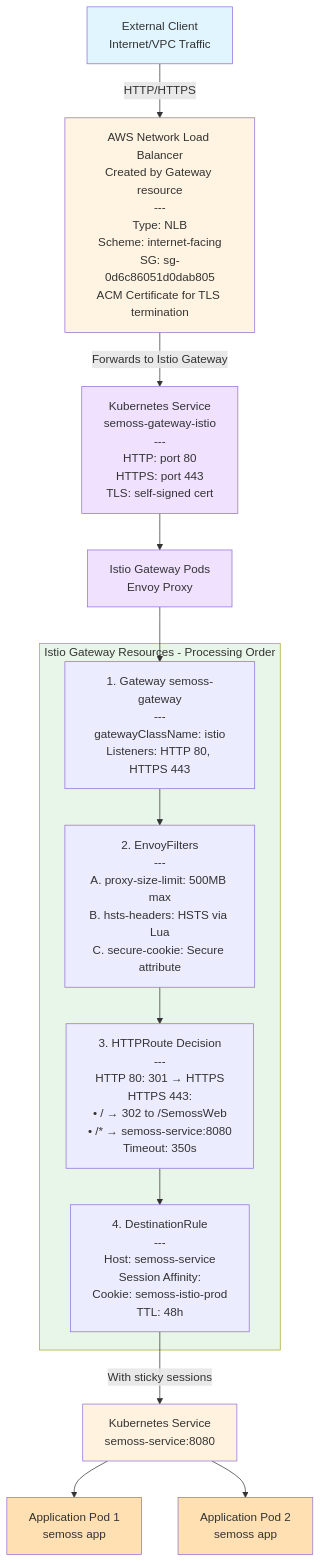
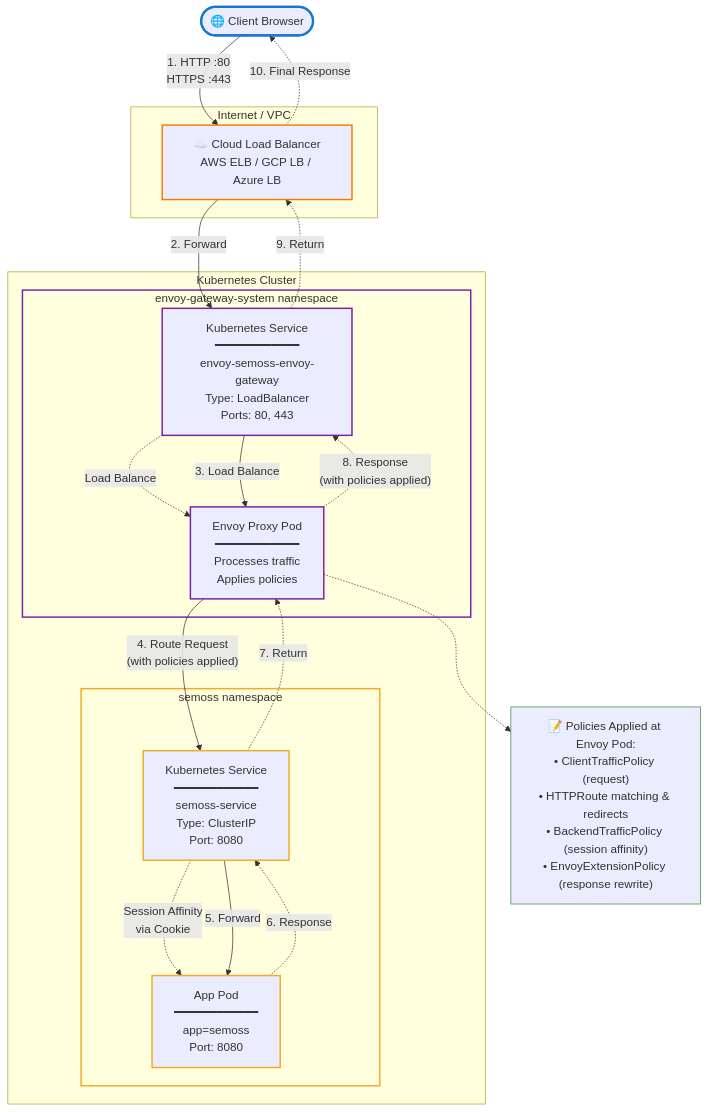
The diagram in envoy-gateway/README.md (SEMOSS/SEMOSS-deployment), drawn with Mermaid before and after one commit. The commit also changed other lines of this file, not shown here.

Commit message:
add envoy README

````diff
--- a/envoy-gateway/README.md
+++ b/envoy-gateway/README.md
@@ -1,45 +15,54 @@
 ```mermaid
-graph TD
-    Client[External Client<br/>Internet/VPC Traffic]
+graph TB
+    Client([🌐 Client Browser])
     
-    NLB[AWS Network Load Balancer<br/>Created by Gateway resource<br/>---<br/>Type: NLB<br/>Scheme: internet-facing<br/>SG: sg-0d6c86051d0dab805<br/>ACM Certificate for TLS termination]
-    
-    K8sGW[Kubernetes Service<br/>semoss-gateway-istio<br/>---<br/>HTTP: port 80<br/>HTTPS: port 443<br/>TLS: self-signed cert]
-    
-    IstioPod[Istio Gateway Pods<br/>Envoy Proxy]
-    
-    subgraph IstioResources[Istio Gateway Resources - Processing Order]
-        GW[1. Gateway semoss-gateway<br/>---<br/>gatewayClassName: istio<br/>Listeners: HTTP 80, HTTPS 443]
-        
-        EF[2. EnvoyFilters<br/>---<br/>A. proxy-size-limit: 500MB max<br/>B. hsts-headers: HSTS via Lua<br/>C. secure-cookie: Secure attribute]
-        
-        HTTP[3. HTTPRoute Decision<br/>---<br/>HTTP 80: 301 → HTTPS<br/>HTTPS 443:<br/>• / → 302 to /SemossWeb<br/>• /* → semoss-service:8080<br/>  Timeout: 350s]
-        
-        DR[4. DestinationRule<br/>---<br/>Host: semoss-service<br/>Session Affinity:<br/>Cookie: semoss-istio-prod<br/>TTL: 48h]
+    subgraph Internet["Internet / VPC"]
+        LB[☁️ Cloud Load Balancer<br/>AWS ELB / GCP LB / Azure LB]
     end
     
-    AppSvc[Kubernetes Service<br/>semoss-service:8080]
+    subgraph K8s["Kubernetes Cluster"]
+        subgraph EnvoyNS["envoy-gateway-system namespace"]
+            EnvoySvc["Kubernetes Service<br/>━━━━━━━━━━━━<br/>envoy-semoss-envoy-gateway<br/>Type: LoadBalancer<br/>Ports: 80, 443"]
+            
+            EnvoyPod["Envoy Proxy Pod<br/>━━━━━━━━━━━━<br/>Processes traffic<br/>Applies policies"]
+            
+            EnvoySvc -.Load Balance.-> EnvoyPod
+        end
+        
+        subgraph AppNS["semoss namespace"]
+            AppSvc["Kubernetes Service<br/>━━━━━━━━━━━━<br/>semoss-service<br/>Type: ClusterIP<br/>Port: 8080"]
+            
+            AppPod["App Pod<br/>━━━━━━━━━━━━<br/>app=semoss<br/>Port: 8080"]
+            
+            AppSvc -.Session Affinity<br/>via Cookie.-> AppPod
+        end
+    end
     
-    Pod1[Application Pod 1<br/>semoss app]
-    Pod2[Application Pod 2<br/>semoss app]
+    Client -->|"1. HTTP :80<br/>HTTPS :443"| LB
+    LB -->|"2. Forward"| EnvoySvc
+    EnvoySvc -->|"3. Load Balance"| EnvoyPod
     
-    Client -->|HTTP/HTTPS| NLB
-    NLB -->|Forwards to Istio Gateway| K8sGW
-    K8sGW --> IstioPod
-    IstioPod --> GW
-    GW --> EF
-    EF --> HTTP
-    HTTP --> DR
-    DR -->|With sticky sessions| AppSvc
-    AppSvc --> Pod1
-    AppSvc --> Pod2
+    EnvoyPod -->|"4. Route Request<br/>(with policies applied)"| AppSvc
+    AppSvc -->|"5. Forward"| AppPod
+    
+    AppPod -.->|"6. Response"| AppSvc
+    AppSvc -.->|"7. Return"| EnvoyPod
+    EnvoyPod -.->|"8. Response<br/>(with policies applied)"| EnvoySvc
+    EnvoySvc -.->|"9. Return"| LB
+    LB -.->|"10. Final Response"| Client
+    
+    Note1["📝 Policies Applied at Envoy Pod:<br/>• ClientTrafficPolicy (request)<br/>• HTTPRoute matching & redirects<br/>• BackendTrafficPolicy (session affinity)<br/>• EnvoyExtensionPolicy (response rewrite)"]
+    
+    EnvoyPod -.-> Note1
+    
+    style Client stroke:#1976d2,stroke-width:3px
+    style LB stroke:#f57c00,stroke-width:2px
+    style EnvoyNS stroke:#7b1fa2,stroke-width:2px
+    style EnvoySvc stroke:#7b1fa2,stroke-width:2px
+    style EnvoyPod stroke:#7b1fa2,stroke-width:2px
+    style AppNS stroke:#f9a825,stroke-width:2px
+    style AppSvc stroke:#f9a825,stroke-width:2px
+    style AppPod stroke:#f9a825,stroke-width:2px
+    style Note1 stroke:#388e3c,stroke-width:1px
 
-    style Client fill:#e1f5ff
-    style NLB fill:#fff4e1
-    style K8sGW fill:#f0e1ff
-    style IstioPod fill:#f0e1ff
-    style IstioResources fill:#e8f5e9
-    style AppSvc fill:#fff3e0
-    style Pod1 fill:#ffe0b2
-    style Pod2 fill:#ffe0b2
 ```
````
